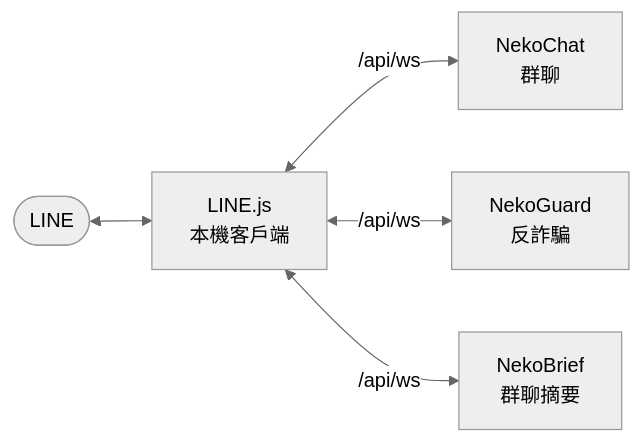
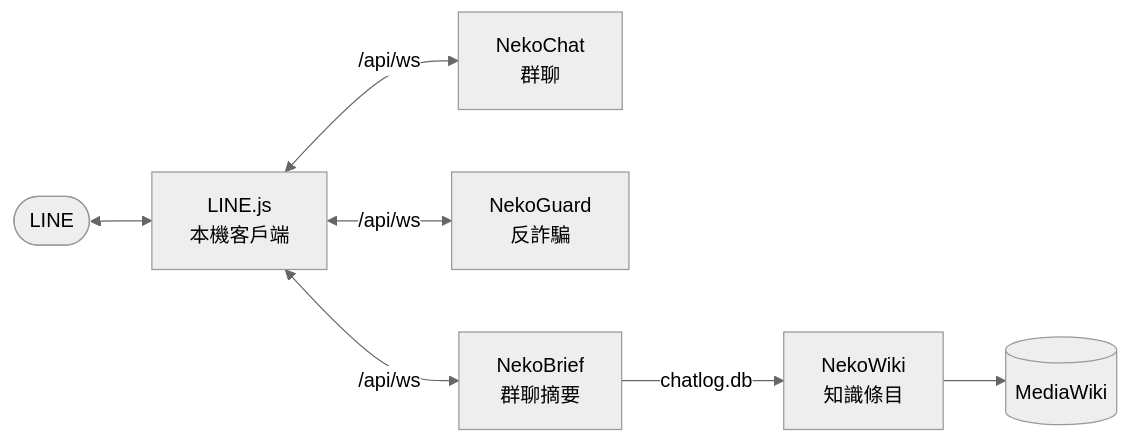
One commit to LINE-js/.github changed the diagram in profile/README.md. Above: the diagram before and after it, drawn with Mermaid (neutral theme). The commit also changed other lines of this file, not shown here.

Commit message:
Add NekoWiki to organization profile

````diff
--- a/profile/README.md
+++ b/profile/README.md
@@ -15,7 +15,9 @@
 ```mermaid
 flowchart LR
     LINE([LINE]) <--> LJS["LINE.js<br/>本機客戶端"]
     LJS <-- "/api/ws" --> Chat["NekoChat<br/>群聊"]
     LJS <-- "/api/ws" --> Guard["NekoGuard<br/>反詐騙"]
     LJS <-- "/api/ws" --> Brief["NekoBrief<br/>群聊摘要"]
+    Brief -- "chatlog.db" --> Wiki["NekoWiki<br/>知識條目"]
+    Wiki --> MW[("MediaWiki")]
 ```
````
